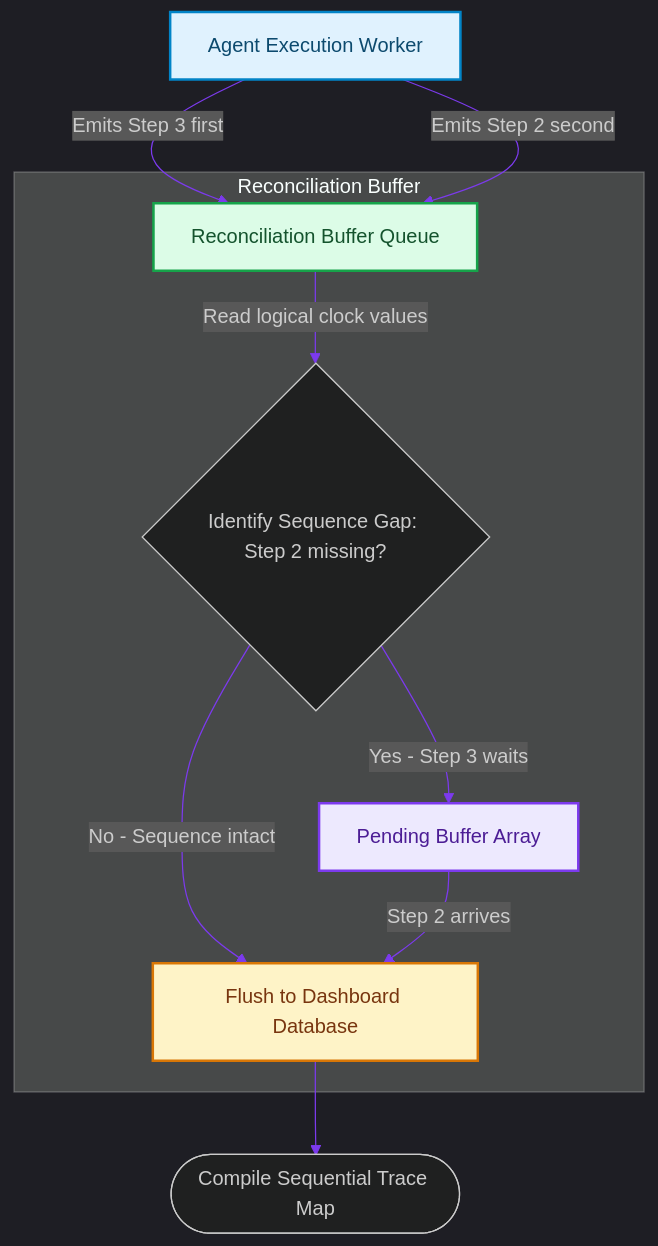
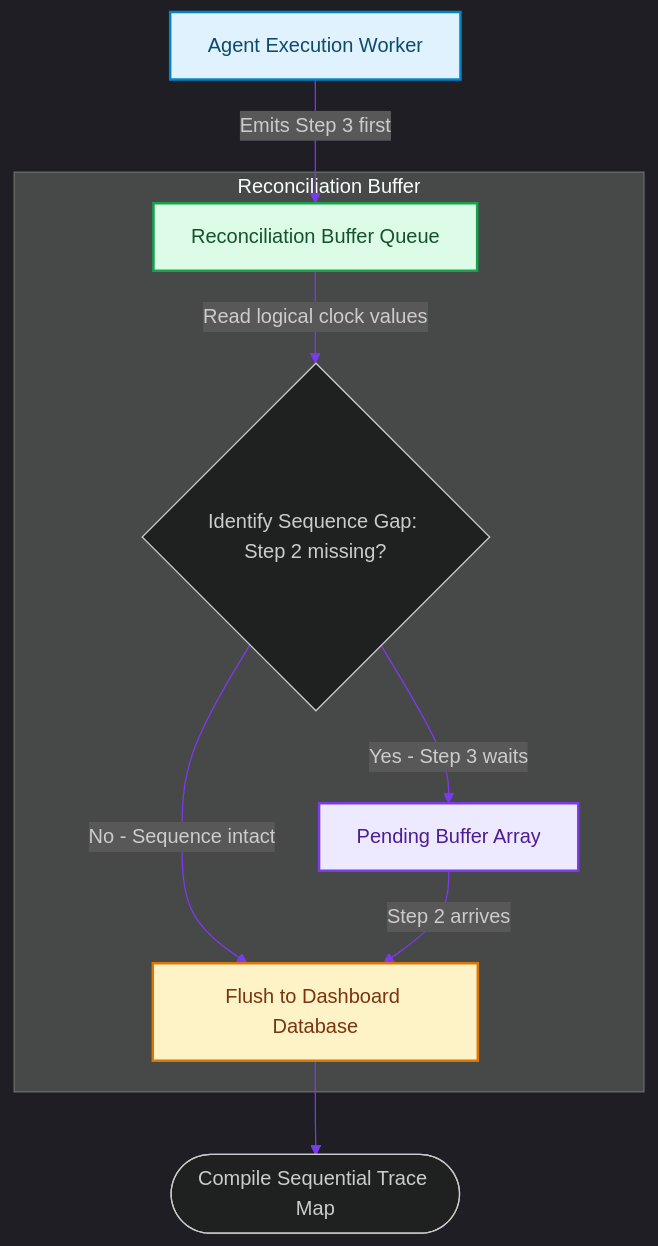
One commit to akmalkhaniub/akmalkhaniub.github.io changed the diagram in blog/posts/event-driven-out-of-order-message-reconciliation-vector-clocks.md. Above: the diagram before and after it, drawn with Mermaid. The commit also changed other lines of this file and 894 other files, not shown here.

Commit message:
feat(blog): upgrade all 444 posts with unique staggered dates, 2-col Mermaid spines, benchmark tables, code blocks, and trade-offs

````diff
--- a/blog/posts/event-driven-out-of-order-message-reconciliation-vector-clocks.md
+++ b/blog/posts/event-driven-out-of-order-message-reconciliation-vector-clocks.md
@@ -16,25 +16,24 @@
 ```mermaid
 %%{init: {'theme': 'dark', 'themeVariables': { 'primaryColor': '#7c3aed', 'primaryTextColor': '#f3f4f6', 'primaryBorderColor': '#a78bfa', 'lineColor': '#7c3aed', 'secondaryColor': '#111827', 'tertiaryColor': '#0b0f19'}}}%%
 flowchart TD
     Agent["Agent Execution Worker"] -->|Emits Step 3 first| Queue["Reconciliation Buffer Queue"]
-    Agent -->|Emits Step 2 second| Queue
     
     subgraph SG1_ReconciliationBuffer ["Reconciliation Buffer"]
         Queue -->|Read logical clock values| Sort{Identify Sequence Gap: Step 2 missing?}
         Sort -->|Yes - Step 3 waits| Buffer["Pending Buffer Array"]
         Sort -->|No - Sequence intact| Flush["Flush to Dashboard Database"]
     end
     
     Buffer -->|Step 2 arrives| Flush
     Flush --> UI([Compile Sequential Trace Map])
 
 classDef green fill:#dcfce7,stroke:#16a34a,stroke-width:2px,color:#14532d;
 classDef red fill:#fee2e2,stroke:#dc2626,stroke-width:2px,color:#7f1d1d;
 classDef blue fill:#e0f2fe,stroke:#0284c7,stroke-width:2px,color:#0c4a6e;
 classDef yellow fill:#fef3c7,stroke:#d97706,stroke-width:2px,color:#78350f;
 classDef purple fill:#ede9fe,stroke:#7c3aed,stroke-width:2px,color:#4c1d95;
 class Agent blue
 class Queue green
 class Buffer purple
 class Flush yellow
 ```
````
